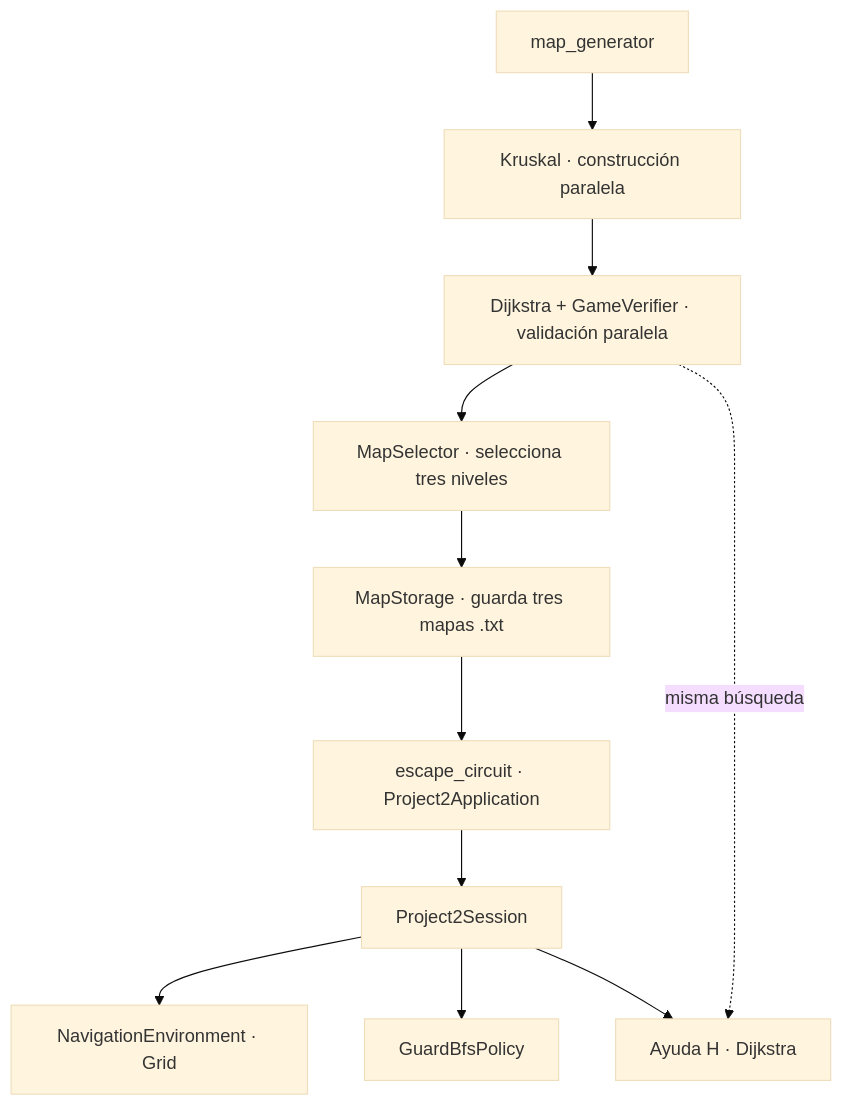
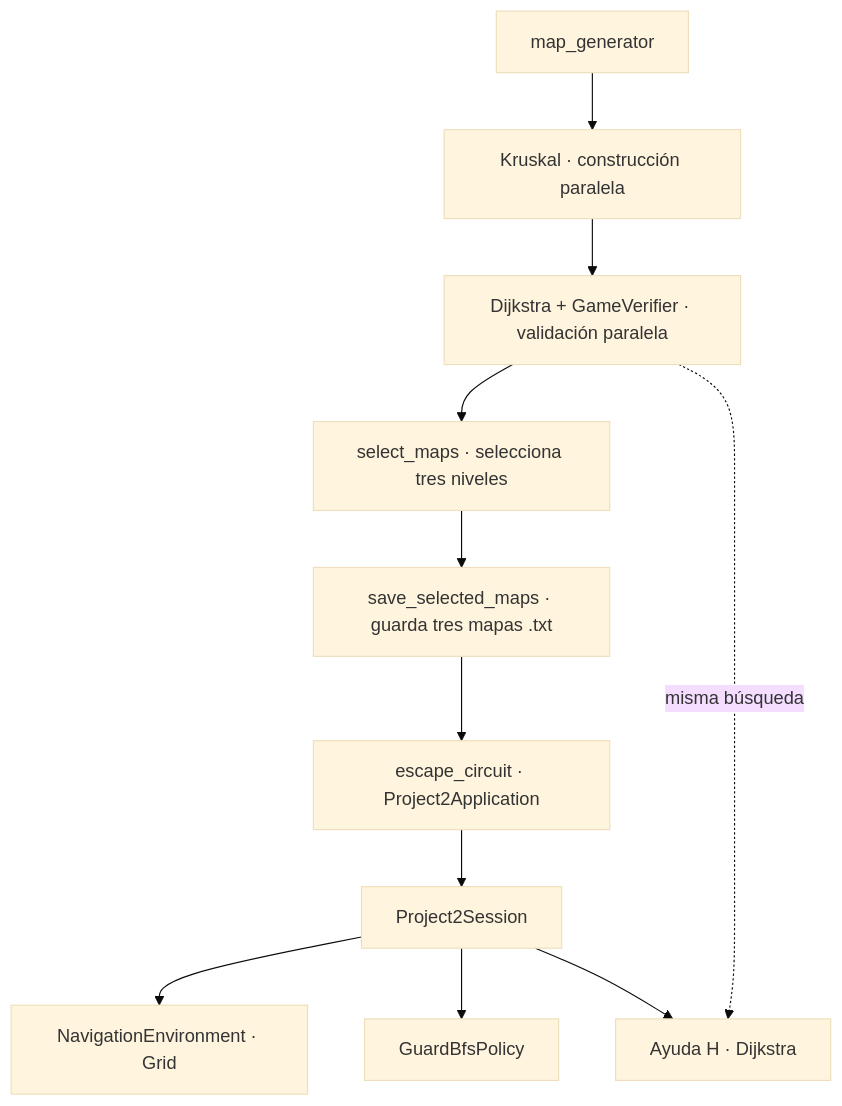
The diagram in README.md (leonardolandeo-a11y/Maze), drawn with Mermaid (base theme) before and after one commit. The commit also changed other lines of this file and 4 other files, not shown here.

````diff
--- a/README.md
+++ b/README.md
@@ -141,13 +200,13 @@
 ```mermaid
 flowchart TD
     G["map_generator"] --> K["Kruskal · construcción paralela"]
     K --> D["Dijkstra + GameVerifier · validación paralela"]
-    D --> S["MapSelector · selecciona tres niveles"]
-    S --> M["MapStorage · guarda tres mapas .txt"]
+    D --> S["select_maps · selecciona tres niveles"]
+    S --> M["save_selected_maps · guarda tres mapas .txt"]
     M --> J["escape_circuit · Project2Application"]
     J --> P["Project2Session"]
     P --> N["NavigationEnvironment · Grid"]
     P --> B["GuardBfsPolicy"]
     P --> H["Ayuda H · Dijkstra"]
     D -. misma búsqueda .-> H
 ```
````
